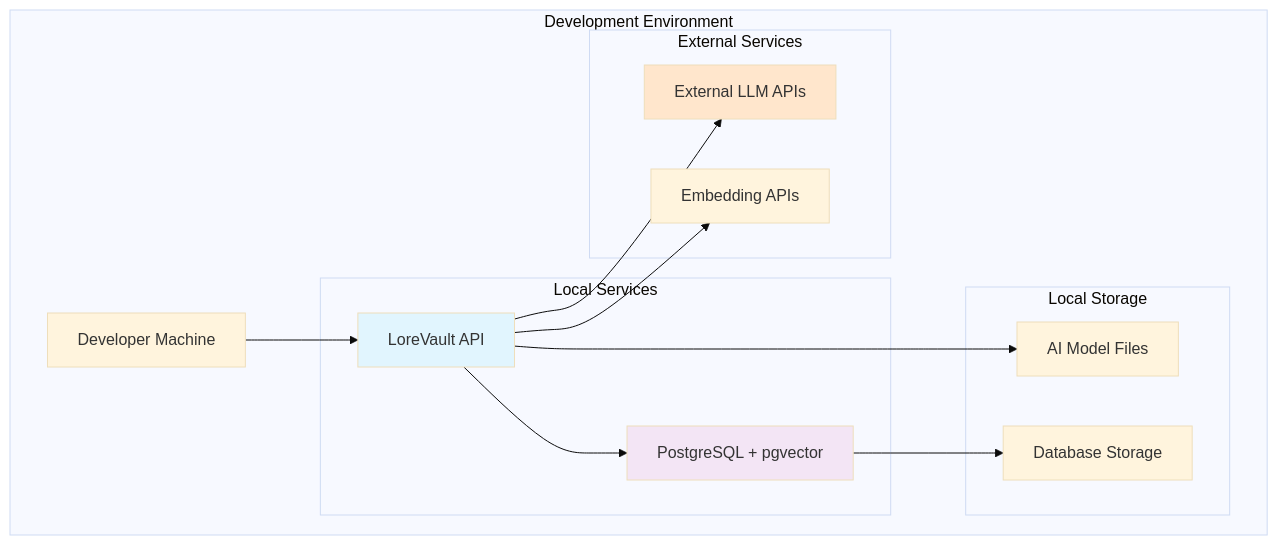
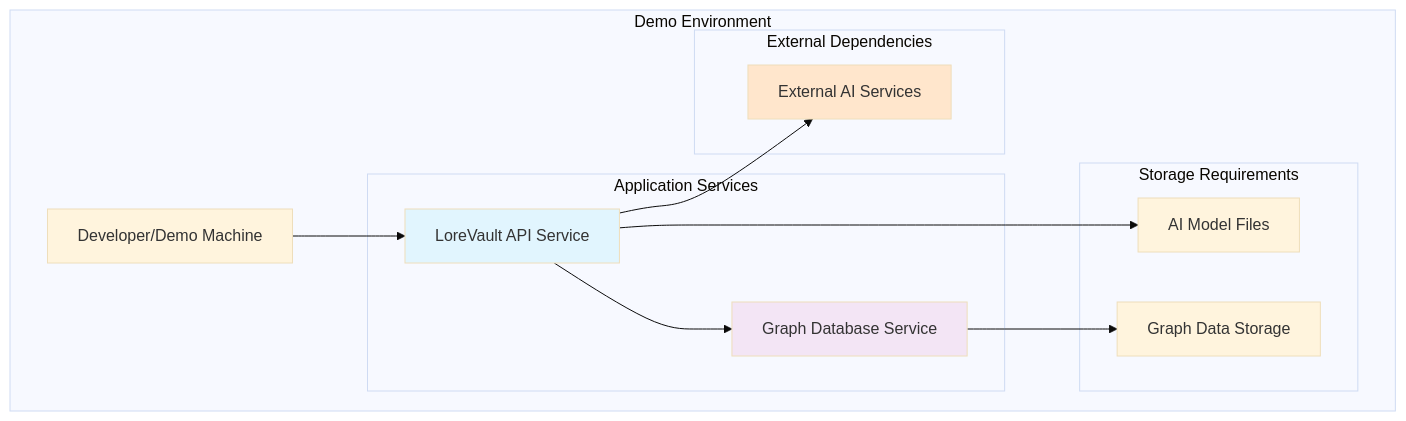
One commit to chaixdev/lorevault-kb changed the diagram in docs/architecture/05-deployment-viewpoint.md. Above: the diagram before and after it, drawn with Mermaid (base theme). The commit also changed other lines of this file and 12 other files, not shown here.

````diff
--- a/docs/architecture/05-deployment-viewpoint.md
+++ b/docs/architecture/05-deployment-viewpoint.md
@@ -42,33 +50,31 @@
 ```mermaid
 graph TB
-    subgraph "Development Environment"
-        DEV[Developer Machine]
+    subgraph "Demo Environment"
+        DEV[Developer/Demo Machine]
         
-        subgraph "Local Services"
-            APP[LoreVault API]
-            DB[PostgreSQL + pgvector]
+        subgraph "Application Services"
+            APP[LoreVault API Service]
+            DB[Graph Database Service]
         end
         
-        subgraph "Local Storage"
+        subgraph "Storage Requirements"
             MODELS[AI Model Files]
-            DATA[Database Storage]
+            GRAPHDATA[Graph Data Storage]
         end
         
-        subgraph "External Services"
-            LLM[External LLM APIs]
-            EMB[Embedding APIs]
+        subgraph "External Dependencies"
+            AI[External AI Services]
         end
     end
     
     DEV --> APP
     APP --> DB
     APP --> MODELS
-    APP --> LLM
-    APP --> EMB
+    APP --> AI
     
-    DB --> DATA
+    DB --> GRAPHDATA
     
     style APP fill:#E1F5FE
     style DB fill:#F3E5F5
-    style LLM fill:#FFE6CC
+    style AI fill:#FFE6CC
 ```
````
